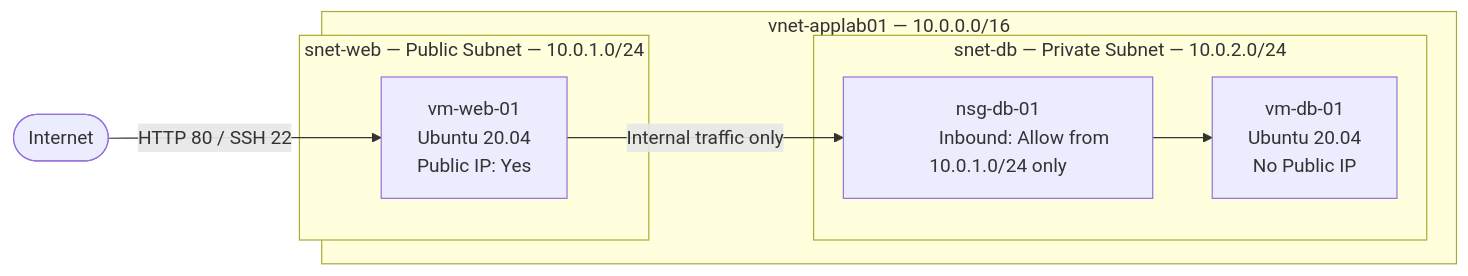
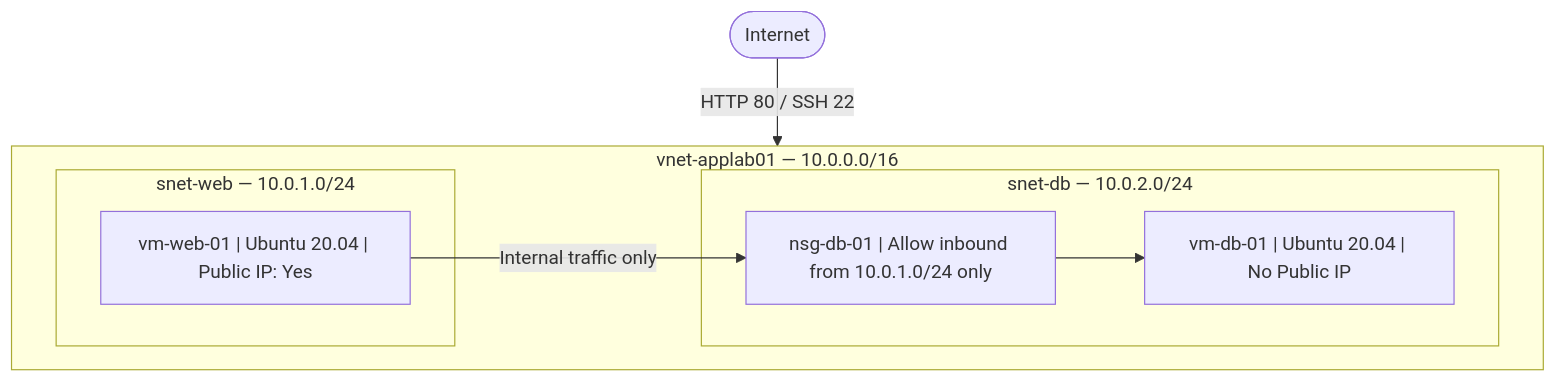
One commit to AzureCloud-Bryce/Tier-2-App changed the diagram in README.md. Above: the diagram before and after it, drawn with Mermaid.

````diff
--- a/README.md
+++ b/README.md
@@ -17,28 +17,21 @@
 ```mermaid
-flowchart LR
+flowchart TB
     Internet(["Internet"])
 
-    Internet -->|"HTTP 80 / SSH 22"| web
+    subgraph vnet["vnet-applab01 — 10.0.0.0/16"]
+        direction LR
 
-    subgraph vnet["vnet-applab01 — 10.0.0.0/16"]
-
-        subgraph public["snet-web — Public Subnet — 10.0.1.0/24"]
-            web["vm-web-01
-            Ubuntu 20.04
-            Public IP: Yes"]
+        subgraph public["snet-web — 10.0.1.0/24"]
+            web["vm-web-01 | Ubuntu 20.04 | Public IP: Yes"]
         end
 
-        subgraph private["snet-db — Private Subnet — 10.0.2.0/24"]
-            nsg["nsg-db-01
-            Inbound: Allow from 10.0.1.0/24 only"]
-
-            db["vm-db-01
-            Ubuntu 20.04
-            No Public IP"]
+        subgraph private["snet-db — 10.0.2.0/24"]
+            nsg["nsg-db-01 | Allow inbound from 10.0.1.0/24 only"]
+            db["vm-db-01 | Ubuntu 20.04 | No Public IP"]
         end
-
     end
 
+    Internet -->|"HTTP 80 / SSH 22"| web
     web -->|"Internal traffic only"| nsg
     nsg --> db
 ```
````
